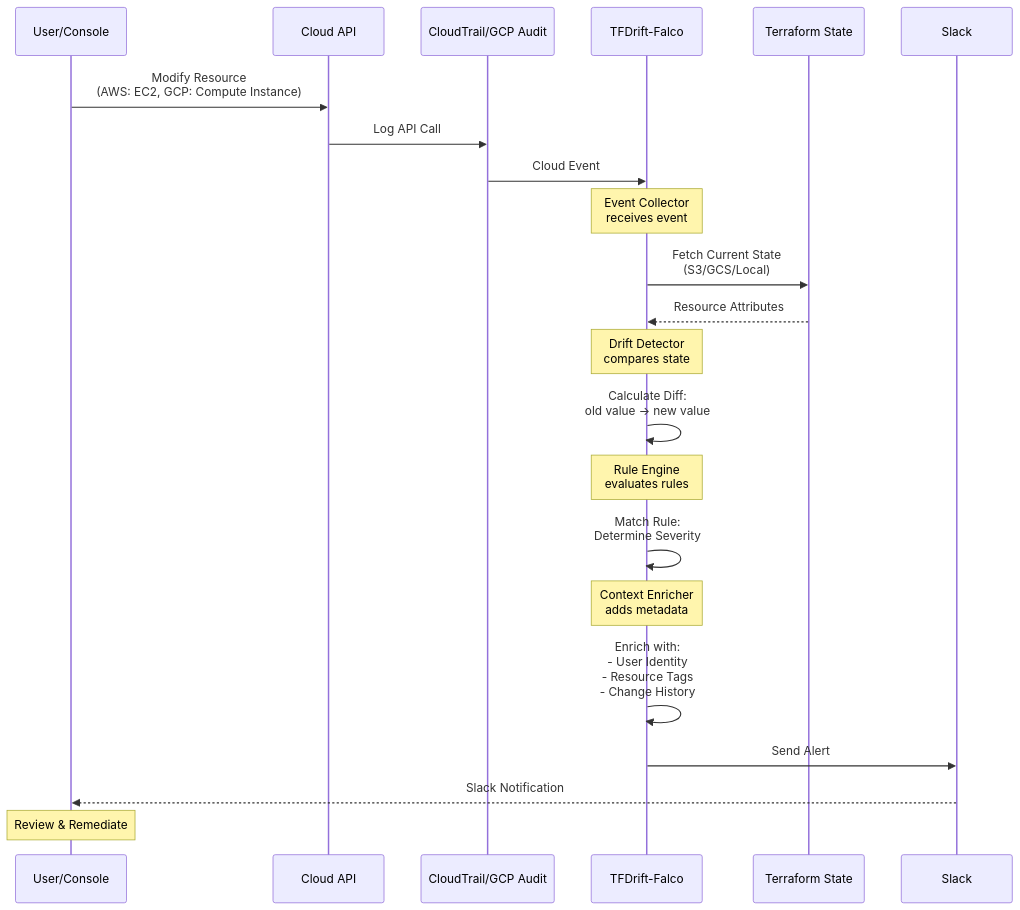
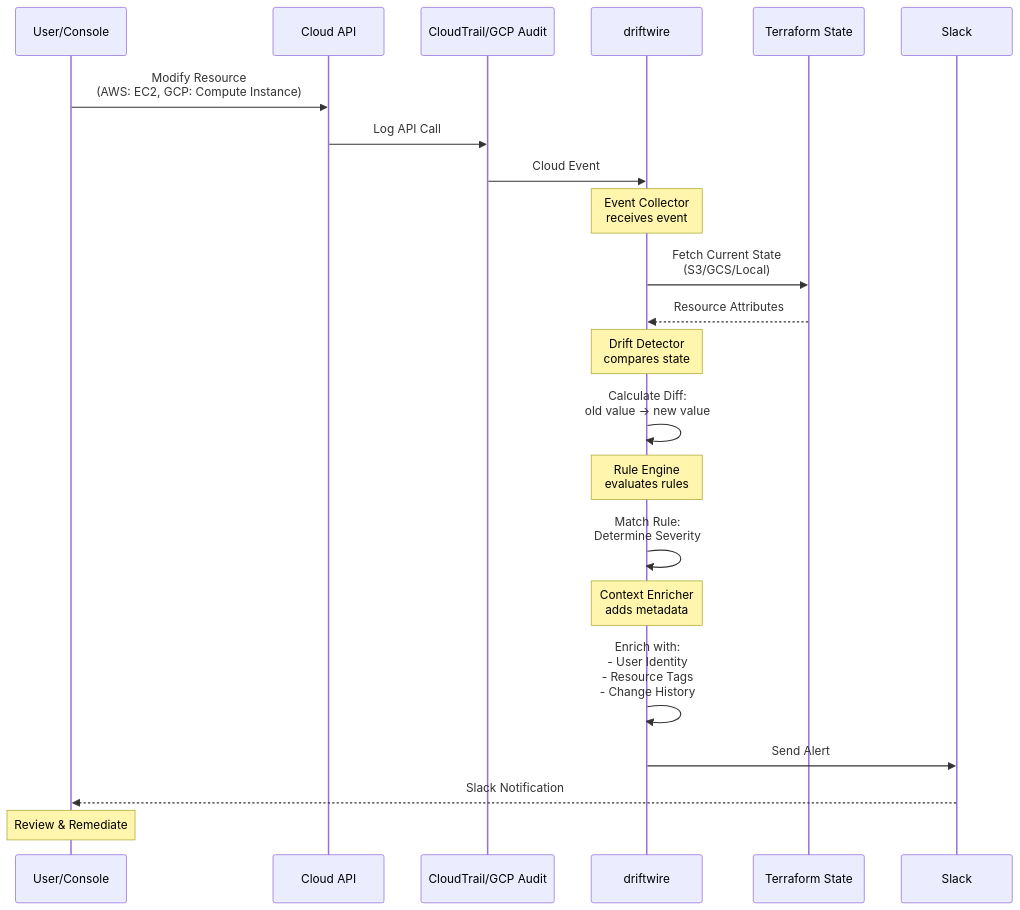
The eighth of 13 diagrams in docs/architecture.md (higakikeita/tfdrift-falco), drawn with Mermaid before and after one commit. The commit also changed other lines of this file and 448 other files, not shown here.

````diff
--- a/docs/architecture.md
+++ b/docs/architecture.md
@@ -668,35 +668,35 @@
 ```mermaid
 sequenceDiagram
     participant U as User/Console
     participant C as Cloud API
     participant CT as CloudTrail/GCP Audit
-    participant TF as TFDrift-Falco
+    participant TF as driftwire
     participant TS as Terraform State
     participant S as Slack
 
     U->>C: Modify Resource<br/>(AWS: EC2, GCP: Compute Instance)
     C->>CT: Log API Call
     CT->>TF: Cloud Event
 
     Note over TF: Event Collector<br/>receives event
 
     TF->>TS: Fetch Current State<br/>(S3/GCS/Local)
     TS-->>TF: Resource Attributes
 
     Note over TF: Drift Detector<br/>compares state
 
     TF->>TF: Calculate Diff:<br/>old value → new value
 
     Note over TF: Rule Engine<br/>evaluates rules
 
     TF->>TF: Match Rule:<br/>Determine Severity
 
     Note over TF: Context Enricher<br/>adds metadata
 
     TF->>TF: Enrich with:<br/>- User Identity<br/>- Resource Tags<br/>- Change History
 
     TF->>S: Send Alert
     S-->>U: Slack Notification
 
     Note over U: Review & Remediate
 ```
````
